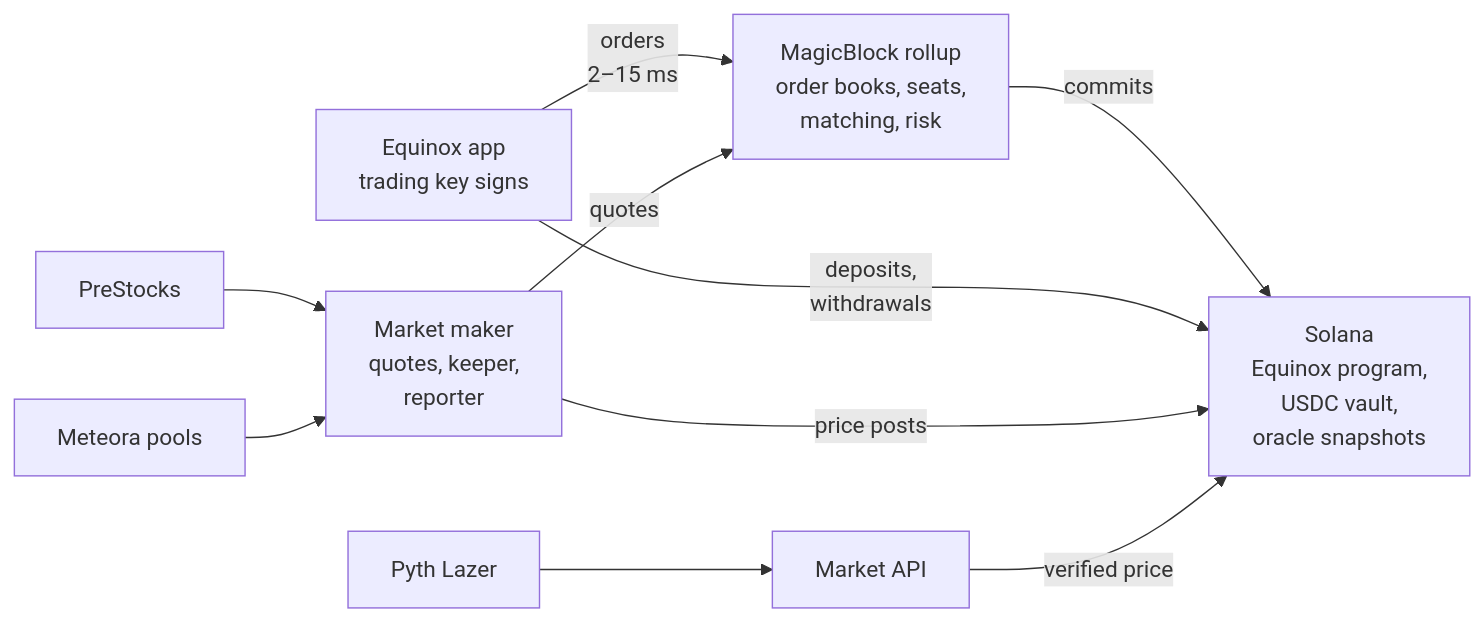
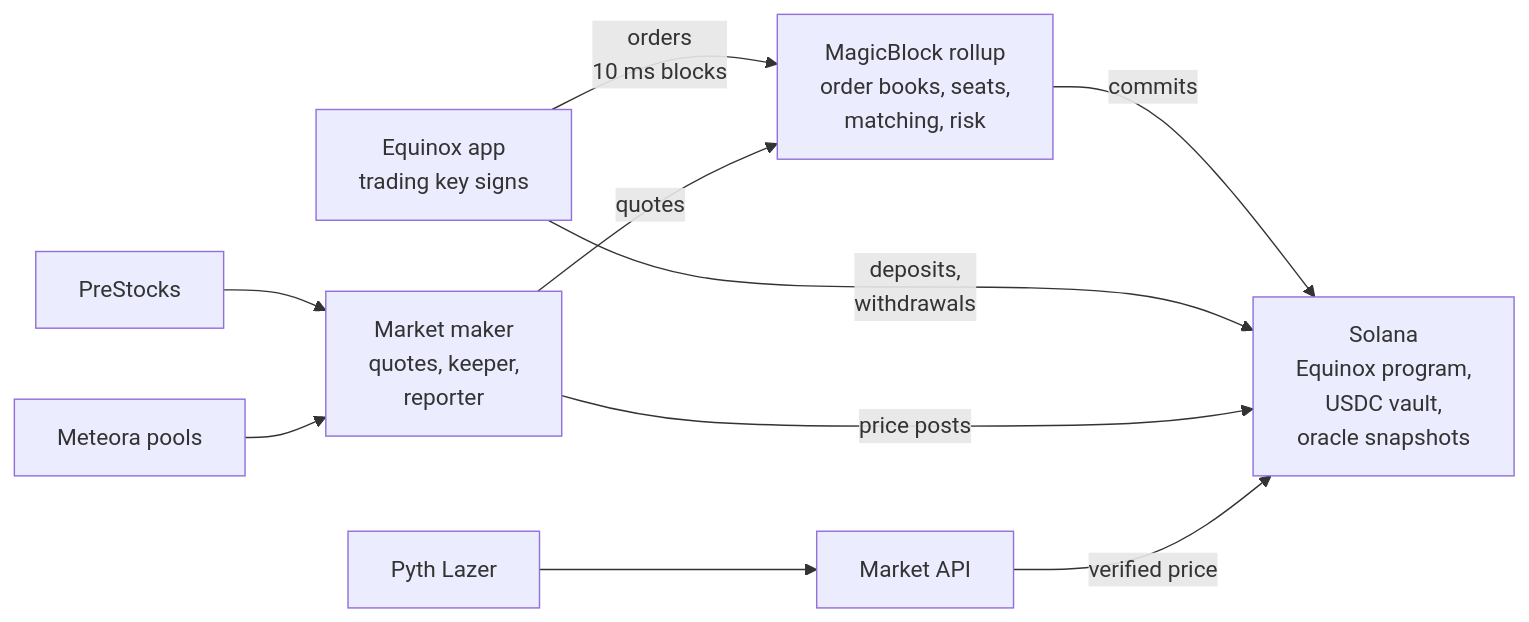
One commit to Ansh-699/Equinox changed the first of 2 diagrams in README.md. Above: the diagram before and after it, drawn with Mermaid. The commit also changed other lines of this file and 7 other files, not shown here.

````diff
--- a/README.md
+++ b/README.md
@@ -53,12 +54,12 @@
 ```mermaid
 flowchart LR
-  APP["Equinox app<br/>trading key signs"] -- "orders<br/>2–15 ms" --> ER["MagicBlock rollup<br/>order books, seats,<br/>matching, risk"]
+  APP["Equinox app<br/>trading key signs"] -- "orders<br/>10 ms blocks" --> ER["MagicBlock rollup<br/>order books, seats,<br/>matching, risk"]
   ER -- "commits" --> L1["Solana<br/>Equinox program,<br/>USDC vault,<br/>oracle snapshots"]
   APP -- "deposits,<br/>withdrawals" --> L1
   MM["Market maker<br/>quotes, keeper,<br/>reporter"] -- "quotes" --> ER
   MM -- "price posts" --> L1
   PRE["PreStocks"] --> MM
   MET["Meteora pools"] --> MM
   PYTH["Pyth Lazer"] --> API["Market API"]
   API -- "verified price" --> L1
 ```
````
